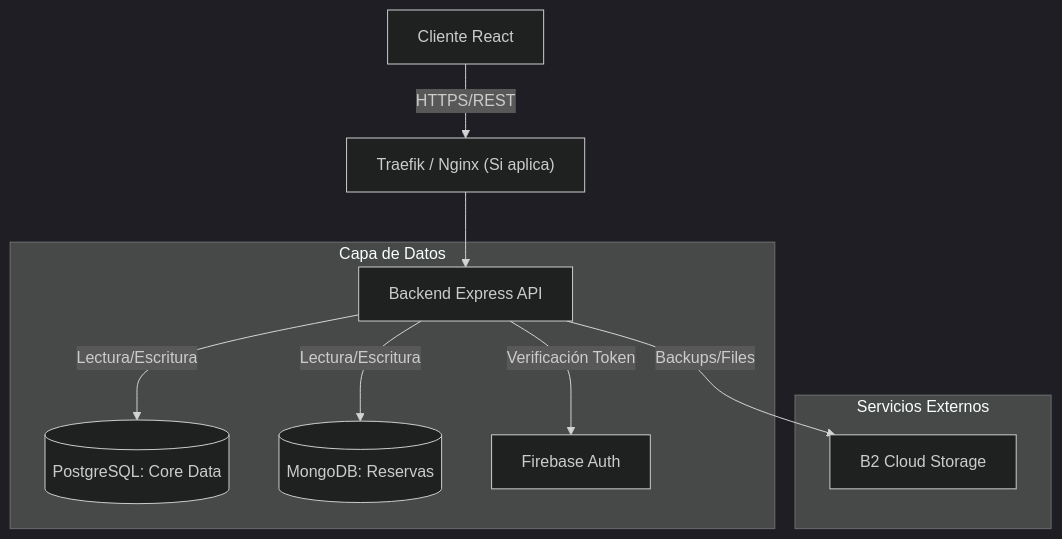
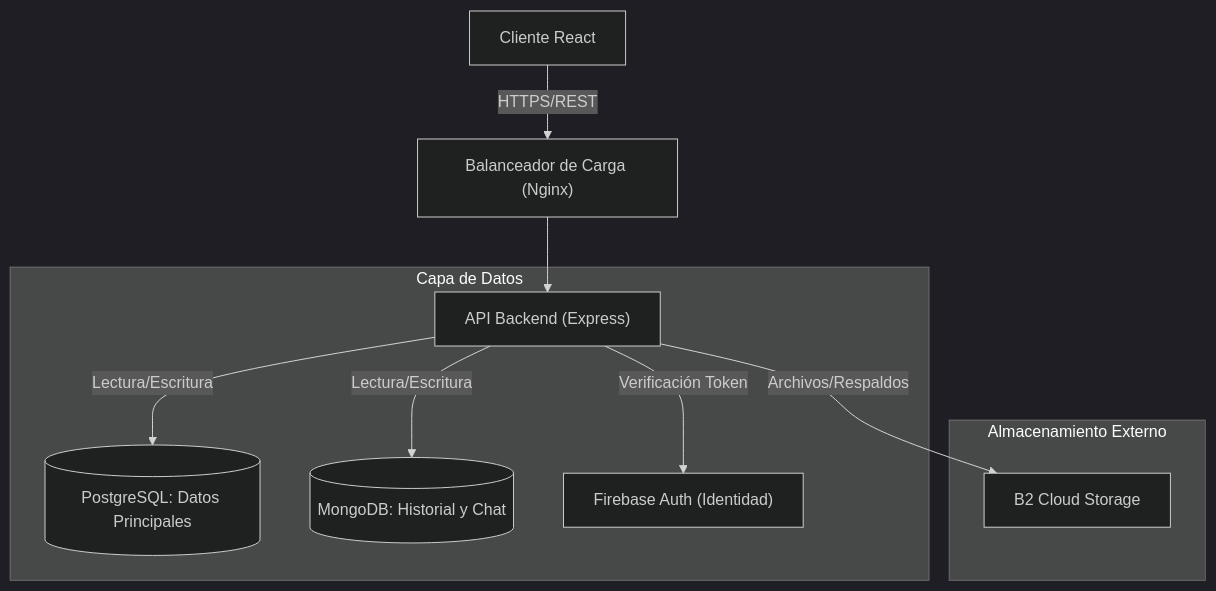
Before and after one commit to BryanS1996/Sistema_Laboratorios_Arqui: the first of 3 diagrams in README.md, drawn with Mermaid (dark theme). The commit also changed other lines of this file, not shown here.

Commit message:
Translate README diagrams to Spanish and improve clarity

````diff
--- a/README.md
+++ b/README.md
@@ -56,15 +56,15 @@
 ```mermaid
 graph TD
-    Client["Cliente React"] -->|HTTPS/REST| LB["Traefik / Nginx (Si aplica)"]
-    LB --> API["Backend Express API"]
+    Client["Cliente React"] -->|HTTPS/REST| LB["Balanceador de Carga (Nginx)"]
+    LB --> API["API Backend (Express)"]
     
     subgraph "Capa de Datos"
-        API -->|Lectura/Escritura| PG[("PostgreSQL: Core Data")]
-        API -->|Lectura/Escritura| MONGO[("MongoDB: Reservas")]
-        API -->|Verificación Token| FB["Firebase Auth"]
+        API -->|Lectura/Escritura| PG[("PostgreSQL: Datos Principales")]
+        API -->|Lectura/Escritura| MONGO[("MongoDB: Historial y Chat")]
+        API -->|Verificación Token| FB["Firebase Auth (Identidad)"]
     end
     
-    subgraph "Servicios Externos"
-        API -->|Backups/Files| B2["B2 Cloud Storage"]
+    subgraph "Almacenamiento Externo"
+        API -->|Archivos/Respaldos| B2["B2 Cloud Storage"]
     end
 ```
````
